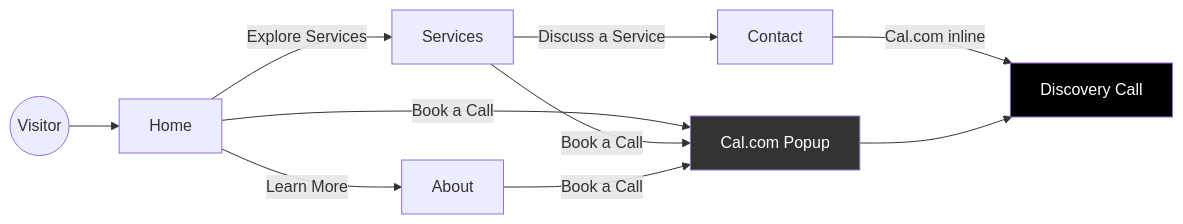
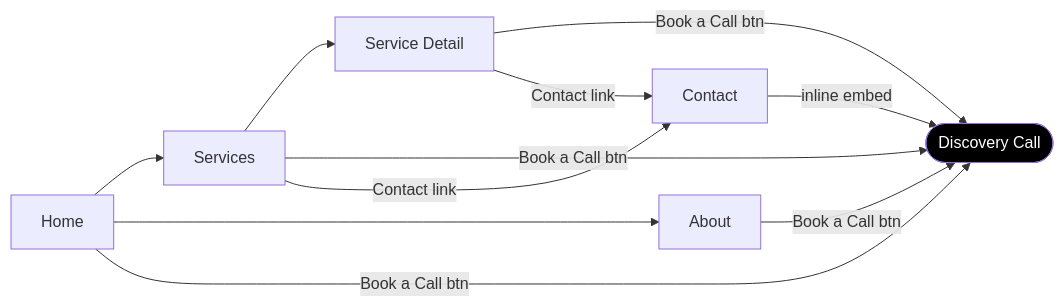
One commit to cmin764/wandercode changed the diagram in README.md. Above: the diagram before and after it, drawn with Mermaid. The commit also changed 1 other file, not shown here.

Commit message:
Simplify diagram and better fallback for Cal book opening

````diff
--- a/README.md
+++ b/README.md
@@ -52,18 +52,9 @@
 ```mermaid
 flowchart LR
-    V((Visitor)) --> Home
-
-    Home -->|Explore Services| Services
-    Home -->|Learn More| About
-
-    Home -->|"Book a Call"| CalPopup
-    Services -->|"Book a Call"| CalPopup
-    About -->|"Book a Call"| CalPopup
-
-    Services -->|Discuss a Service| Contact
-    Contact -->|Cal.com inline| Book["Discovery Call"]
-    CalPopup["Cal.com Popup"] --> Book
+    Home --> Services --> Detail["Service Detail"]
+    Home --> About
+    Home & Services & About & Detail -->|Book a Call btn| Book(["Discovery Call"])
+    Services & Detail -->|Contact link| Contact -->|inline embed| Book
 
     style Book fill:#000,color:#fff
-    style CalPopup fill:#333,color:#fff
 ```
````
